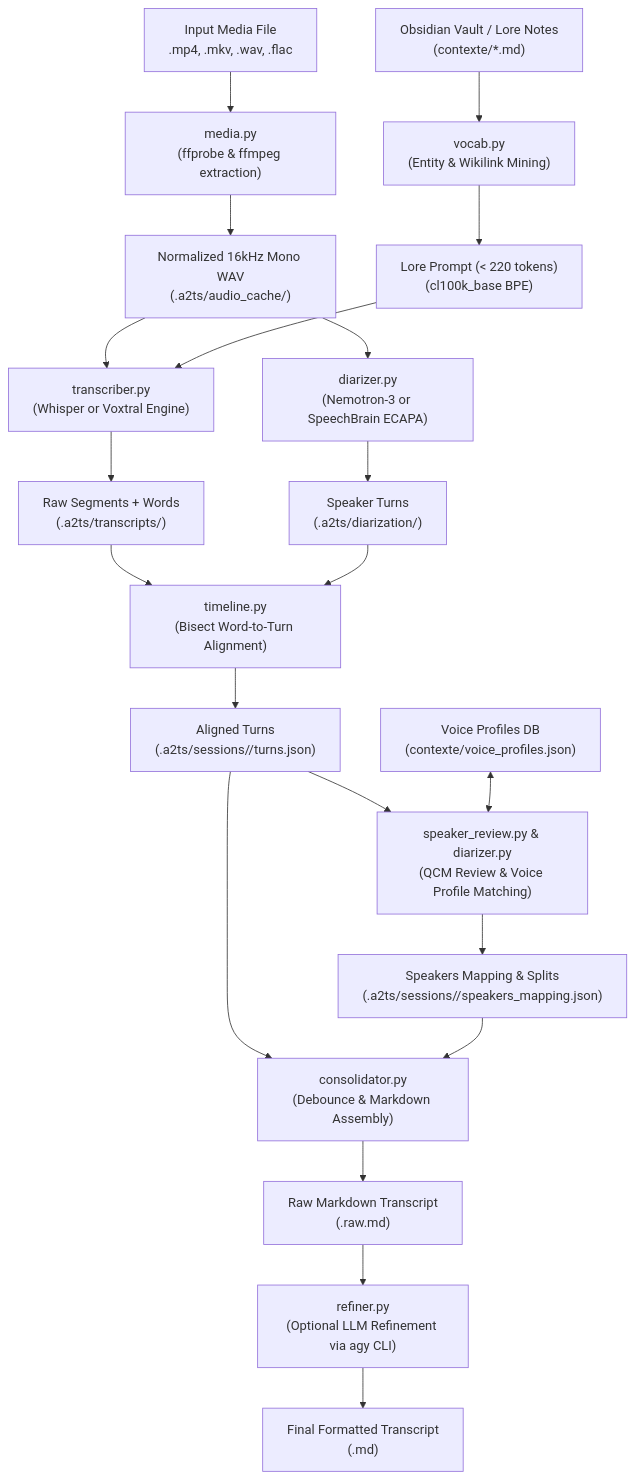
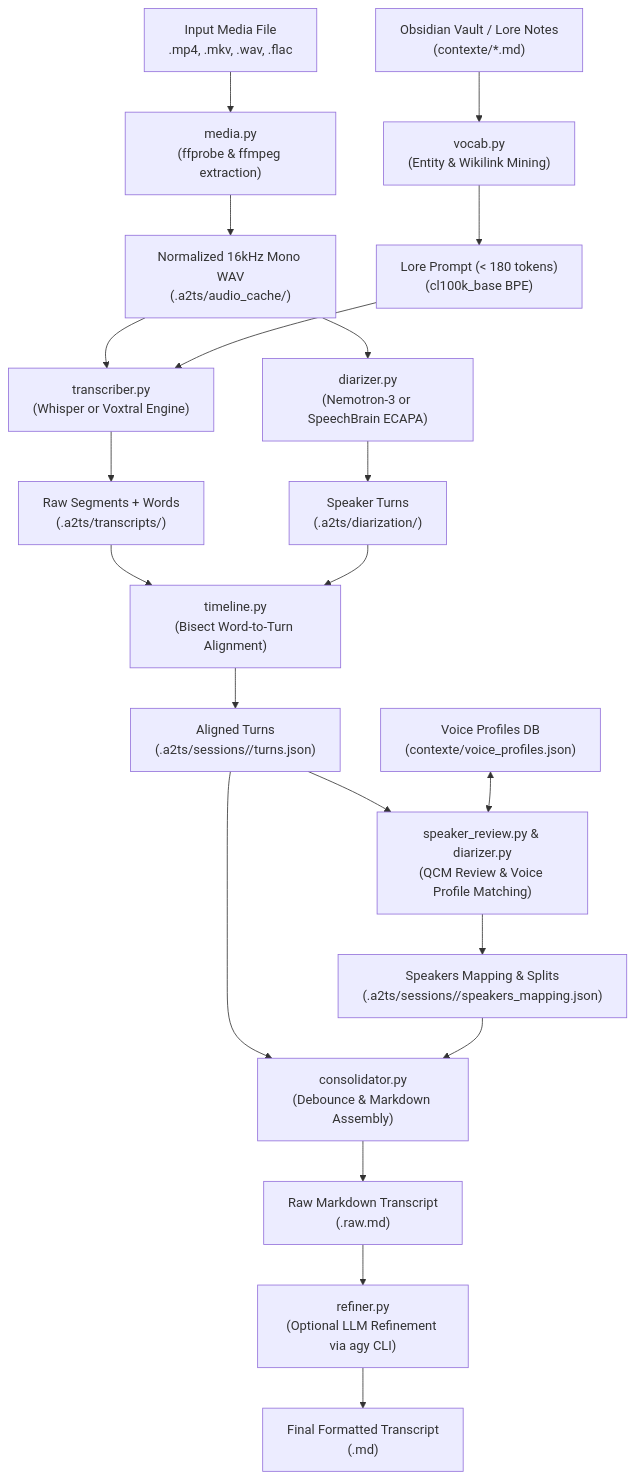
The first of 2 diagrams in docs/design.md (ynsta/a2ts), drawn with Mermaid before and after one commit. The commit also changed other lines of this file and 9 other files, not shown here.

Commit message:
fix(vocab): sanitize prompt control tokens and standardize 180-token budget

````diff
--- a/docs/design.md
+++ b/docs/design.md
@@ -14,30 +14,30 @@
 ```mermaid
 flowchart TD
     Media[Input Media File\n.mp4, .mkv, .wav, .flac] --> MediaStage["media.py\n(ffprobe & ffmpeg extraction)"]
     MediaStage --> MonoWav["Normalized 16kHz Mono WAV\n(.a2ts/audio_cache/)"]
     
     LoreNotes["Obsidian Vault / Lore Notes\n(contexte/*.md)"] --> VocabStage["vocab.py\n(Entity & Wikilink Mining)"]
-    VocabStage --> LorePrompt["Lore Prompt (< 220 tokens)\n(cl100k_base BPE)"]
+    VocabStage --> LorePrompt["Lore Prompt (< 180 tokens)\n(cl100k_base BPE)"]
     
     MonoWav --> ASRStage["transcriber.py\n(Whisper or Voxtral Engine)"]
     LorePrompt --> ASRStage
     ASRStage --> RawSegments["Raw Segments + Words\n(.a2ts/transcripts/)"]
     
     MonoWav --> DiarStage["diarizer.py\n(Nemotron-3 or SpeechBrain ECAPA)"]
     DiarStage --> SpeakerTurns["Speaker Turns\n(.a2ts/diarization/)"]
     
     RawSegments --> TimelineStage["timeline.py\n(Bisect Word-to-Turn Alignment)"]
     SpeakerTurns --> TimelineStage
     TimelineStage --> AlignedTurns["Aligned Turns\n(.a2ts/sessions/<media_hash>/turns.json)"]
     
     AlignedTurns --> ReviewStage["speaker_review.py & diarizer.py\n(QCM Review & Voice Profile Matching)"]
     VoiceProfilesDB["Voice Profiles DB\n(contexte/voice_profiles.json)"] <--> ReviewStage
     ReviewStage --> SpeakersMapping["Speakers Mapping & Splits\n(.a2ts/sessions/<media_hash>/speakers_mapping.json)"]
     
     AlignedTurns --> ConsolidateStage["consolidator.py\n(Debounce & Markdown Assembly)"]
     SpeakersMapping --> ConsolidateStage
     ConsolidateStage --> RawMarkdown["Raw Markdown Transcript\n(<output>.raw.md)"]
     
     RawMarkdown --> RefinerStage["refiner.py\n(Optional LLM Refinement via agy CLI)"]
     RefinerStage --> FinalOutput["Final Formatted Transcript\n(<output>.md)"]
 ```
````
